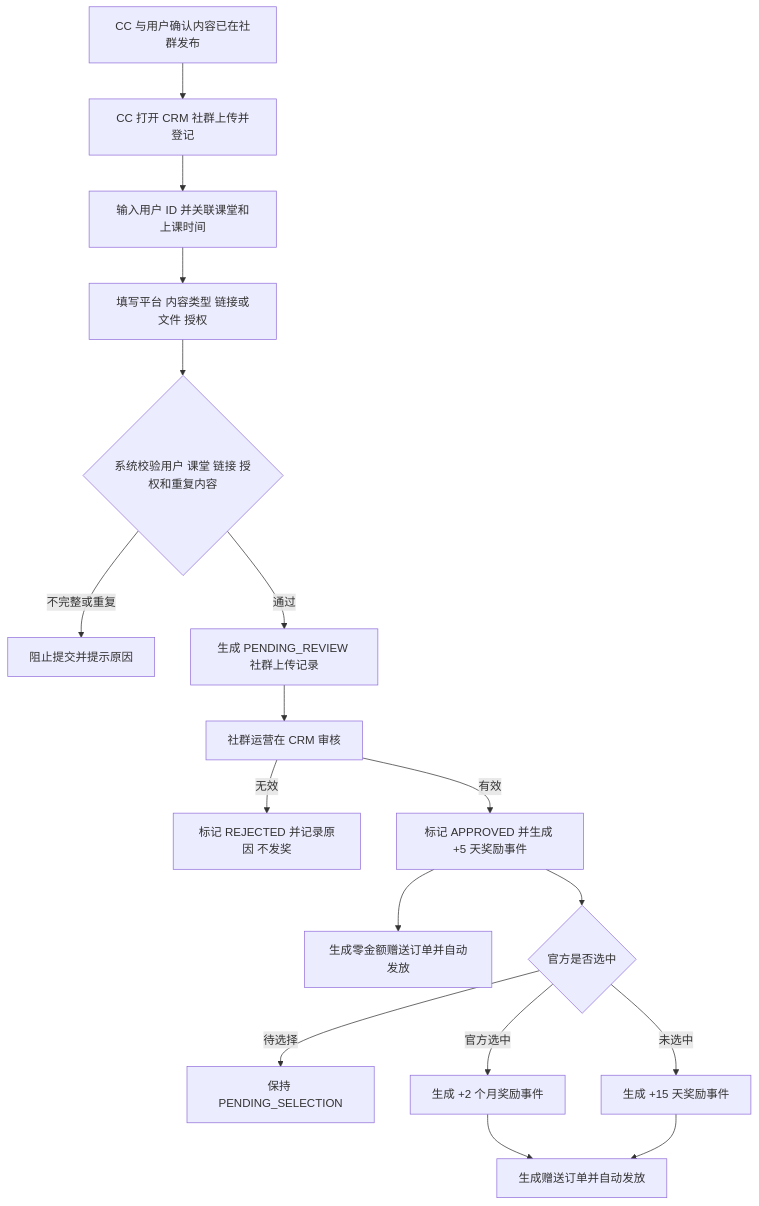
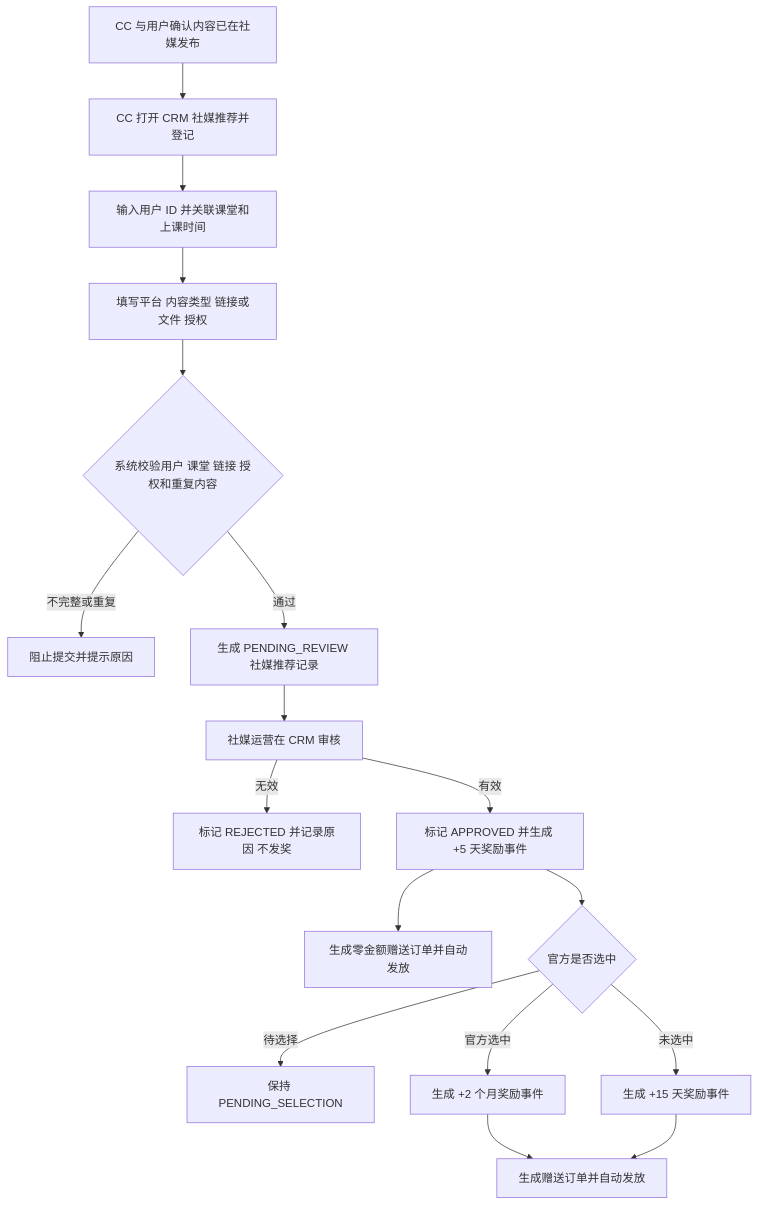
The second of 2 diagrams in projects/referral-growth-mvp/prd/PRD.md (h3-ai-lab/hhhprd), drawn with Mermaid before and after one commit. The commit also changed other lines of this file and 12 other files, not shown here.

````diff
--- a/projects/referral-growth-mvp/prd/PRD.md
+++ b/projects/referral-growth-mvp/prd/PRD.md
@@ -185,19 +185,19 @@
 ```mermaid
 flowchart TD
-    U1[CC 与用户确认内容已在社群发布] --> U2[CC 打开 CRM 社群上传并登记]
+    U1[CC 与用户确认内容已在社媒发布] --> U2[CC 打开 CRM 社媒推荐并登记]
     U2 --> U2A[输入用户 ID 并关联课堂和上课时间]
     U2A --> U2B[填写平台 内容类型 链接或文件 授权]
     U2B --> U3{系统校验用户 课堂 链接 授权和重复内容}
     U3 -->|不完整或重复| U4[阻止提交并提示原因]
-    U3 -->|通过| U5[生成 PENDING_REVIEW 社群上传记录]
-    U5 --> U6[社群运营在 CRM 审核]
+    U3 -->|通过| U5[生成 PENDING_REVIEW 社媒推荐记录]
+    U5 --> U6[社媒运营在 CRM 审核]
     U6 -->|无效| U7[标记 REJECTED 并记录原因 不发奖]
     U6 -->|有效| U8[标记 APPROVED 并生成 +5 天奖励事件]
     U8 --> U9[生成零金额赠送订单并自动发放]
     U8 --> U10{官方是否选中}
     U10 -->|待选择| U11[保持 PENDING_SELECTION]
     U10 -->|官方选中| U12[生成 +2 个月奖励事件]
     U10 -->|未选中| U13[生成 +15 天奖励事件]
     U12 --> U14[生成赠送订单并自动发放]
     U13 --> U14
 ```
````
